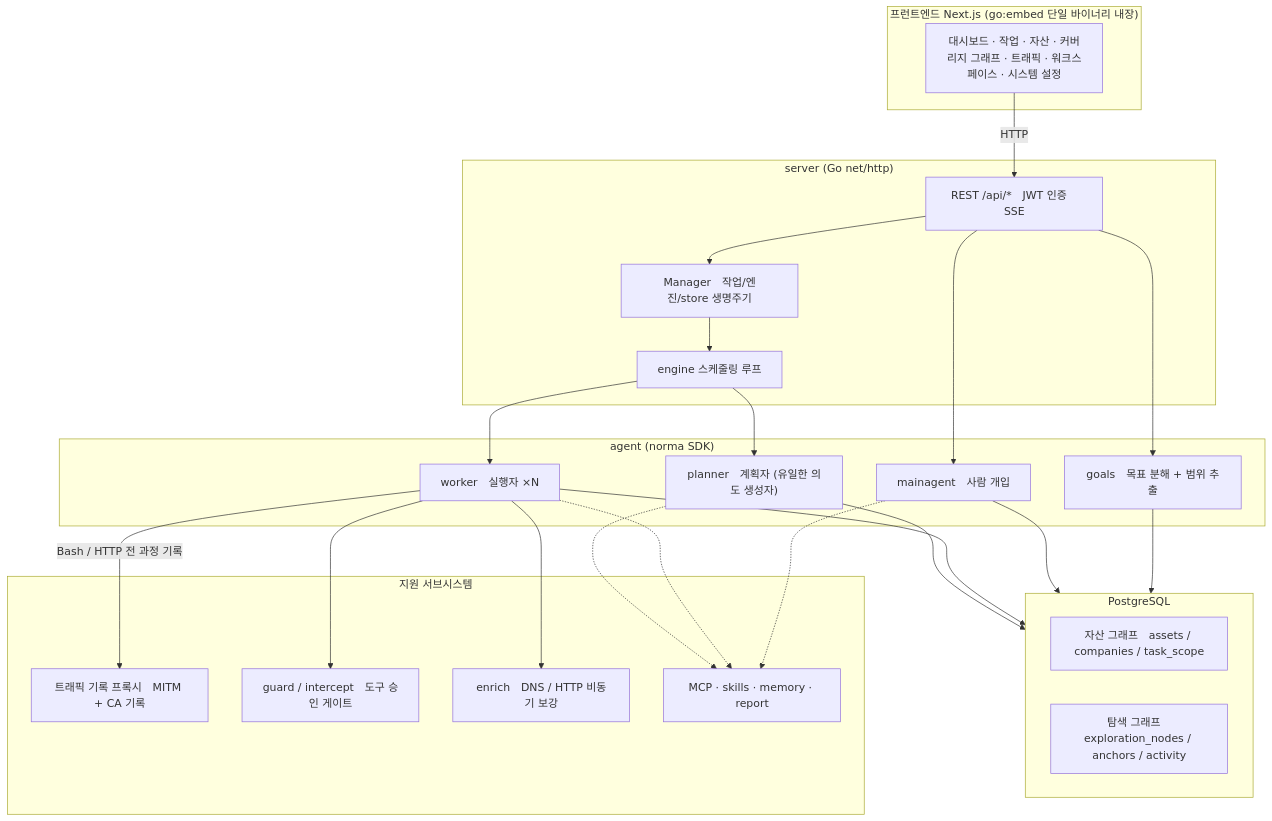
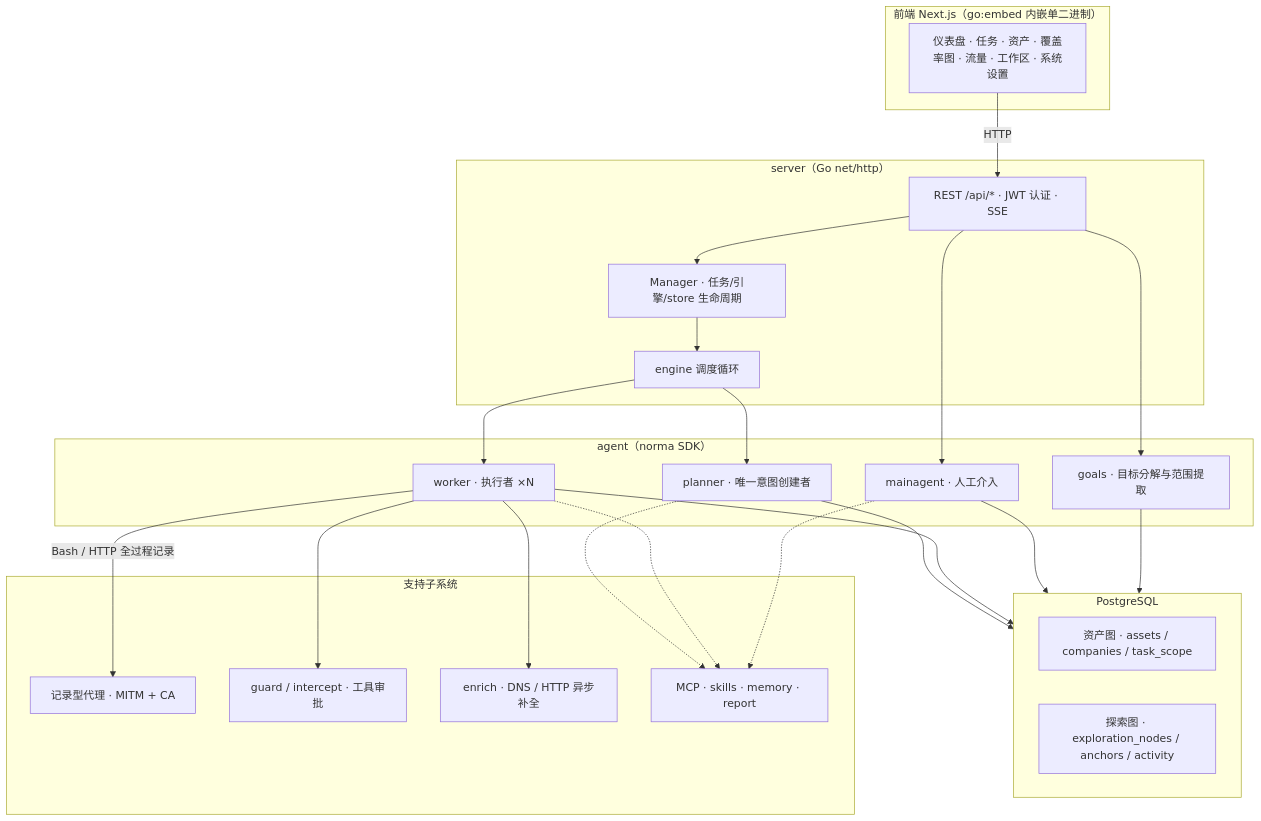
One commit to j5tv9nfzhn-hue/ARTEX-HYDRA changed the first of 5 diagrams in README.md. Above: the diagram before and after it, drawn with Mermaid. The commit also changed other lines of this file and 279 other files, not shown here.

````diff
--- a/README.md
+++ b/README.md
@@ -187,44 +164,43 @@
 ```mermaid
 flowchart TB
-  subgraph FE["프런트엔드 Next.js (go:embed 단일 바이너리 내장)"]
-    UI["대시보드 · 작업 · 자산 · 커버리지 그래프 · 트래픽 · 워크스페이스 · 시스템 설정"]
+  subgraph FE["前端 Next.js（go:embed 内嵌单二进制）"]
+    UI["仪表盘 · 任务 · 资产 · 覆盖率图 · 流量 · 工作区 · 系统设置"]
   end
-  subgraph SRV["server (Go net/http)"]
-    API["REST /api/*　JWT 인증　SSE"]
-    ENG["engine 스케줄링 루프"]
-    MGR["Manager　작업/엔진/store 생명주기"]
+  subgraph SRV["server（Go net/http）"]
+    API["REST /api/* · JWT 认证 · SSE"]
+    ENG["engine 调度循环"]
+    MGR["Manager · 任务/引擎/store 生命周期"]
   end
-  subgraph AG["agent (norma SDK)"]
-    GO["goals　목표 분해 + 범위 추출"]
-    PL["planner　계획자 (유일한 의도 생성자)"]
-    WK["worker　실행자 ×N"]
-    MA["mainagent　사람 개입"]
+  subgraph AG["agent（norma SDK）"]
+    GO["goals · 目标分解与范围提取"]
+    PL["planner · 唯一意图创建者"]
+    WK["worker · 执行者 ×N"]
+    MA["mainagent · 人工介入"]
   end
   subgraph DB["PostgreSQL"]
-    AGRAPH["자산 그래프　assets / companies / task_scope"]
-    EGRAPH["탐색 그래프　exploration_nodes / anchors / activity"]
+    AGRAPH["资产图 · assets / companies / task_scope"]
+    EGRAPH["探索图 · exploration_nodes / anchors / activity"]
   end
-  subgraph SUB["지원 서브시스템"]
-    PROXY["트래픽 기록 프록시　MITM + CA 기록"]
-    GUARD["guard / intercept　도구 승인 게이트"]
-    ENR["enrich　DNS / HTTP 비동기 보강"]
+  subgraph SUB["支持子系统"]
+    PROXY["记录型代理 · MITM + CA"]
+    GUARD["guard / intercept · 工具审批"]
+    ENR["enrich · DNS / HTTP 异步补全"]
     EXT["MCP · skills · memory · report"]
   end
-
   UI -->|HTTP| API
   API --> MGR --> ENG
   ENG --> PL
   ENG --> WK
   API --> MA
   API --> GO
   PL --> DB
   WK --> DB
   MA --> DB
   GO --> DB
-  WK -->|"Bash / HTTP 전 과정 기록"| PROXY
+  WK -->|"Bash / HTTP 全过程记录"| PROXY
   WK --> GUARD
   WK --> ENR
   PL -.-> EXT
   WK -.-> EXT
   MA -.-> EXT
 ```
````
